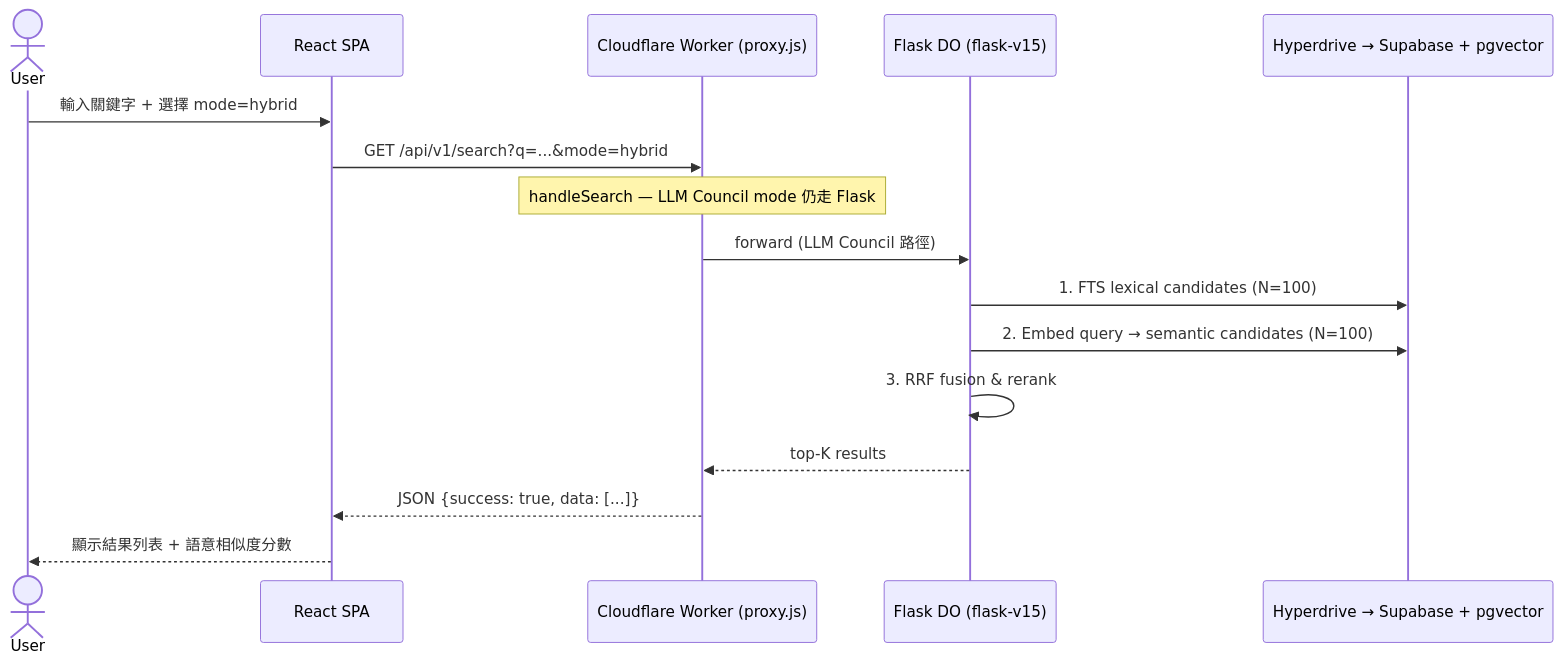
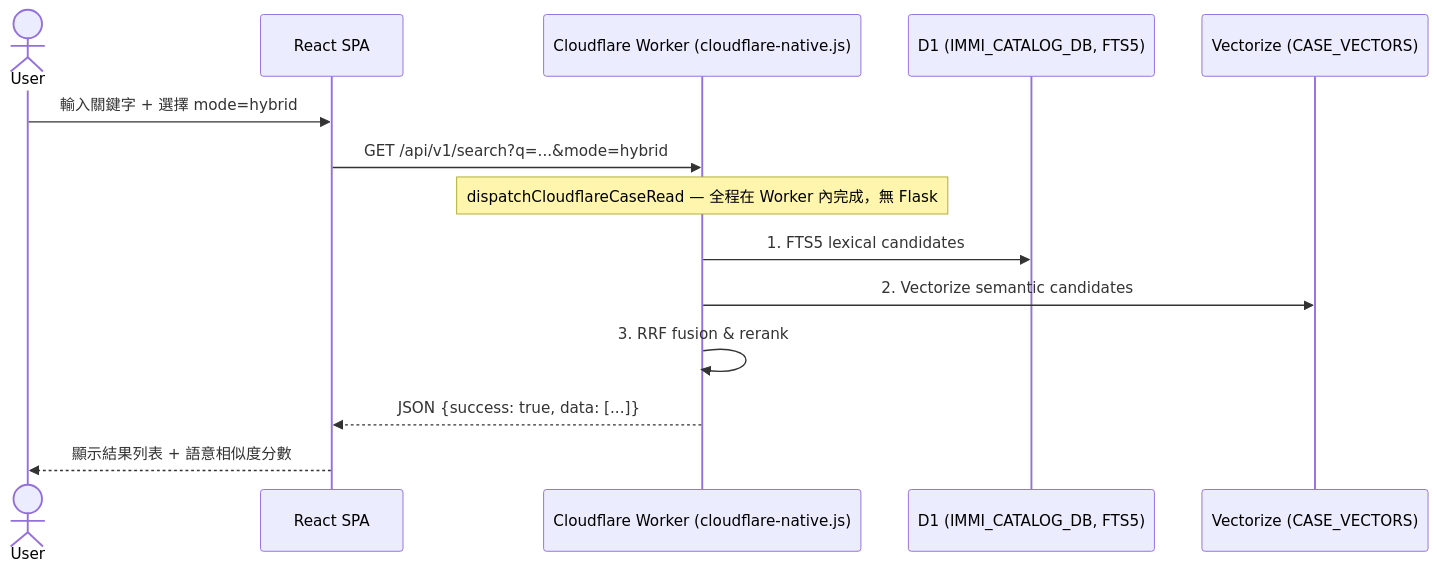
The second of 2 diagrams in README.md (Tracker-Tech-Pty-Ltd/IMMI-Case-), drawn with Mermaid before and after one commit. The commit also changed other lines of this file and 8 other files, not shown here.

First line of the commit message:
docs: align architecture docs with the shipped Cloudflare-native stack

````diff
--- a/README.md
+++ b/README.md
@@ -342,19 +342,17 @@
 ```mermaid
 sequenceDiagram
     actor User
     participant SPA as React SPA
-    participant W as Cloudflare Worker (proxy.js)
-    participant F as Flask DO (flask-v15)
-    participant PG as Hyperdrive → Supabase + pgvector
+    participant W as Cloudflare Worker (cloudflare-native.js)
+    participant D1 as D1 (IMMI_CATALOG_DB, FTS5)
+    participant VEC as Vectorize (CASE_VECTORS)
 
     User->>SPA: 輸入關鍵字 + 選擇 mode=hybrid
     SPA->>W: GET /api/v1/search?q=...&mode=hybrid
-    Note over W: handleSearch — LLM Council mode 仍走 Flask
-    W->>F: forward (LLM Council 路徑)
-    F->>PG: 1. FTS lexical candidates (N=100)
-    F->>PG: 2. Embed query → semantic candidates (N=100)
-    F->>F: 3. RRF fusion & rerank
-    F-->>W: top-K results
+    Note over W: dispatchCloudflareCaseRead — 全程在 Worker 內完成，無 Flask
+    W->>D1: 1. FTS5 lexical candidates
+    W->>VEC: 2. Vectorize semantic candidates
+    W->>W: 3. RRF fusion & rerank
     W-->>SPA: JSON {success: true, data: [...]}
     SPA-->>User: 顯示結果列表 + 語意相似度分數
 ```
````
